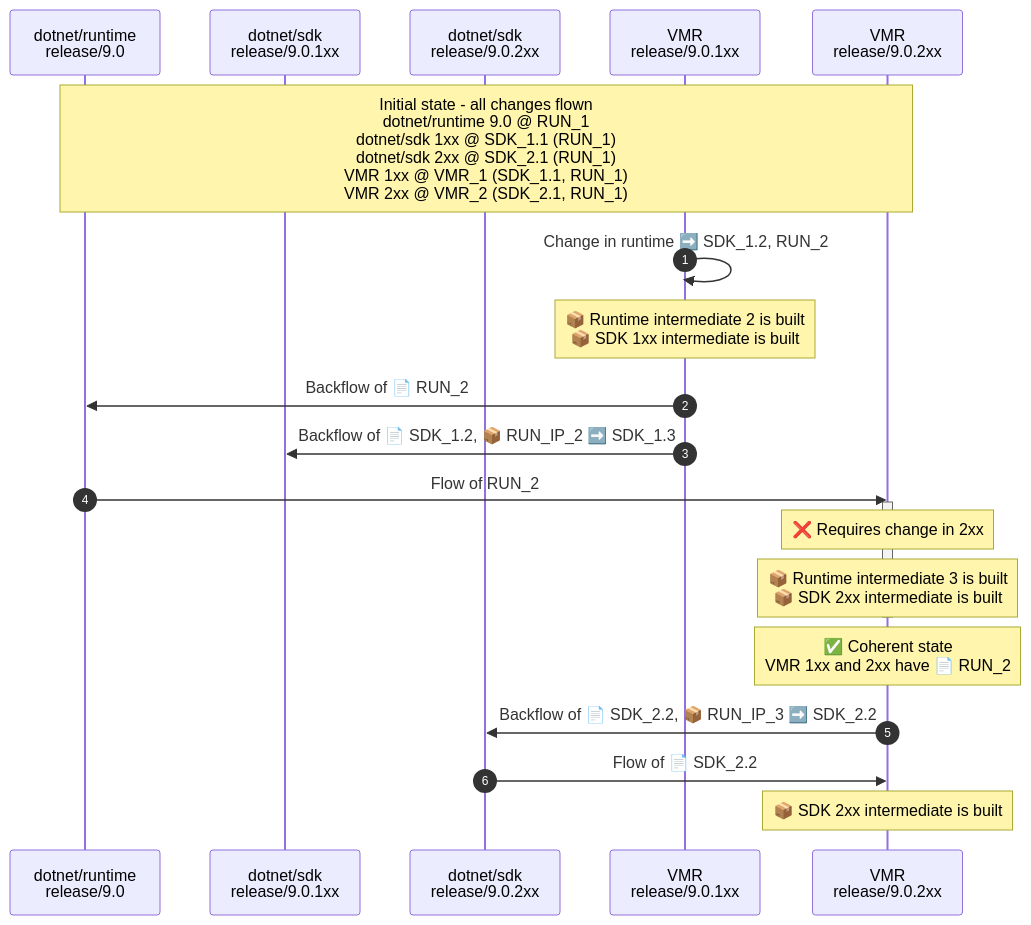
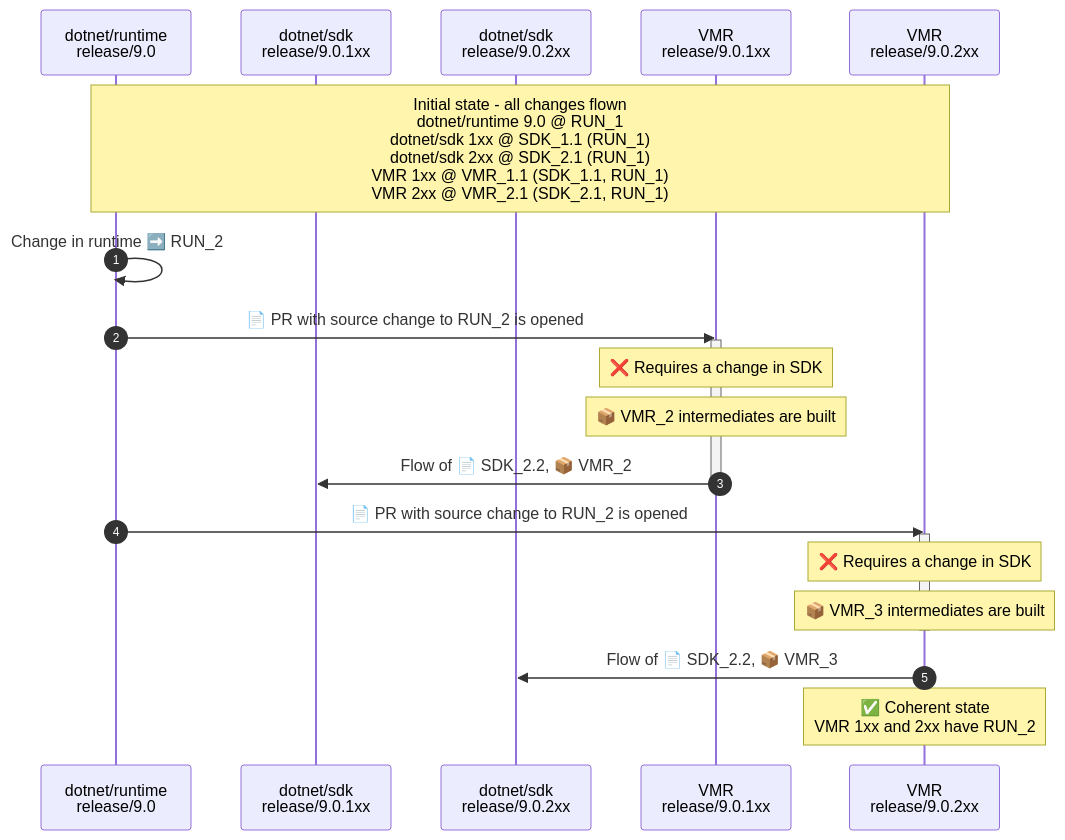
The seventh of 8 diagrams in Documentation/UnifiedBuild/VMR-Managing-SDK-Bands.md (dotnet/arcade), drawn with Mermaid before and after one commit. The commit also changed other lines of this file, not shown here.

Commit message:
Port new code flow diagrams

````diff
--- a/Documentation/UnifiedBuild/VMR-Managing-SDK-Bands.md
+++ b/Documentation/UnifiedBuild/VMR-Managing-SDK-Bands.md
@@ -341,33 +339,31 @@
 ```mermaid
 sequenceDiagram
     autonumber
 
     participant runtime as dotnet/runtime<br />release/9.0
     participant SDK_1xx as dotnet/sdk<br />release/9.0.1xx
     participant SDK_2xx as dotnet/sdk<br />release/9.0.2xx
     participant VMR_1xx as VMR<br />release/9.0.1xx
     participant VMR_2xx as VMR<br />release/9.0.2xx
 
-    Note over runtime, VMR_2xx: Initial state - all changes flown<br />dotnet/runtime 9.0 @ RUN_1<br />dotnet/sdk 1xx @ SDK_1.1 (RUN_1)<br />dotnet/sdk 2xx @ SDK_2.1 (RUN_1)<br />VMR 1xx @ VMR_1 (SDK_1.1, RUN_1)<br />VMR 2xx @ VMR_2 (SDK_2.1, RUN_1)
+    Note over runtime, VMR_2xx: Initial state - all changes flown<br />dotnet/runtime 9.0 @ RUN_1<br />dotnet/sdk 1xx @ SDK_1.1 (RUN_1)<br />dotnet/sdk 2xx @ SDK_2.1 (RUN_1)<br />VMR 1xx @ VMR_1.1 (SDK_1.1, RUN_1)<br />VMR 2xx @ VMR_2.1 (SDK_2.1, RUN_1)
 
     # Change in SDK+runtime
-    VMR_1xx->>VMR_1xx: Change in runtime ➡️ SDK_1.2, RUN_2
-    Note over VMR_1xx: 📦 Runtime intermediate 2 is built<br />📦 SDK 1xx intermediate is built
+    runtime->>runtime: Change in runtime ➡️ RUN_2
 
-    # Backflow
-    VMR_1xx->>runtime: Backflow of 📄 RUN_2
-    VMR_1xx->>SDK_1xx: Backflow of 📄 SDK_1.2, 📦 RUN_IP_2 ➡️ SDK_1.3
+    runtime->>VMR_1xx: 📄 PR with source change to RUN_2 is opened
+    activate VMR_1xx
+    Note over VMR_1xx: ❌ Requires a change in SDK
+    Note over VMR_1xx: 📦 VMR_2 intermediates are built
+    VMR_1xx->>SDK_1xx: Flow of 📄 SDK_2.2, 📦 VMR_2
+    deactivate VMR_1xx
 
-    runtime->>VMR_2xx: Flow of RUN_2
+    runtime->>VMR_2xx: 📄 PR with source change to RUN_2 is opened
     activate VMR_2xx
-    Note over VMR_2xx: ❌ Requires change in 2xx
-    Note over VMR_2xx: 📦 Runtime intermediate 3 is built<br />📦 SDK 2xx intermediate is built
+    Note over VMR_2xx: ❌ Requires a change in SDK
+    Note over VMR_2xx: 📦 VMR_3 intermediates are built
+    deactivate VMR_2xx
+    VMR_2xx->>SDK_2xx: Flow of 📄 SDK_2.2, 📦 VMR_3
 
-    deactivate VMR_2xx
-
-    Note over VMR_2xx: ✅ Coherent state<br />VMR 1xx and 2xx have 📄 RUN_2
-
-    VMR_2xx->>SDK_2xx: Backflow of 📄 SDK_2.2, 📦 RUN_IP_3 ➡️ SDK_2.2
-    SDK_2xx->>VMR_2xx: Flow of 📄 SDK_2.2
-    Note over VMR_2xx: 📦 SDK 2xx intermediate is built
+    Note over VMR_2xx: ✅ Coherent state<br />VMR 1xx and 2xx have RUN_2
 ```
````
